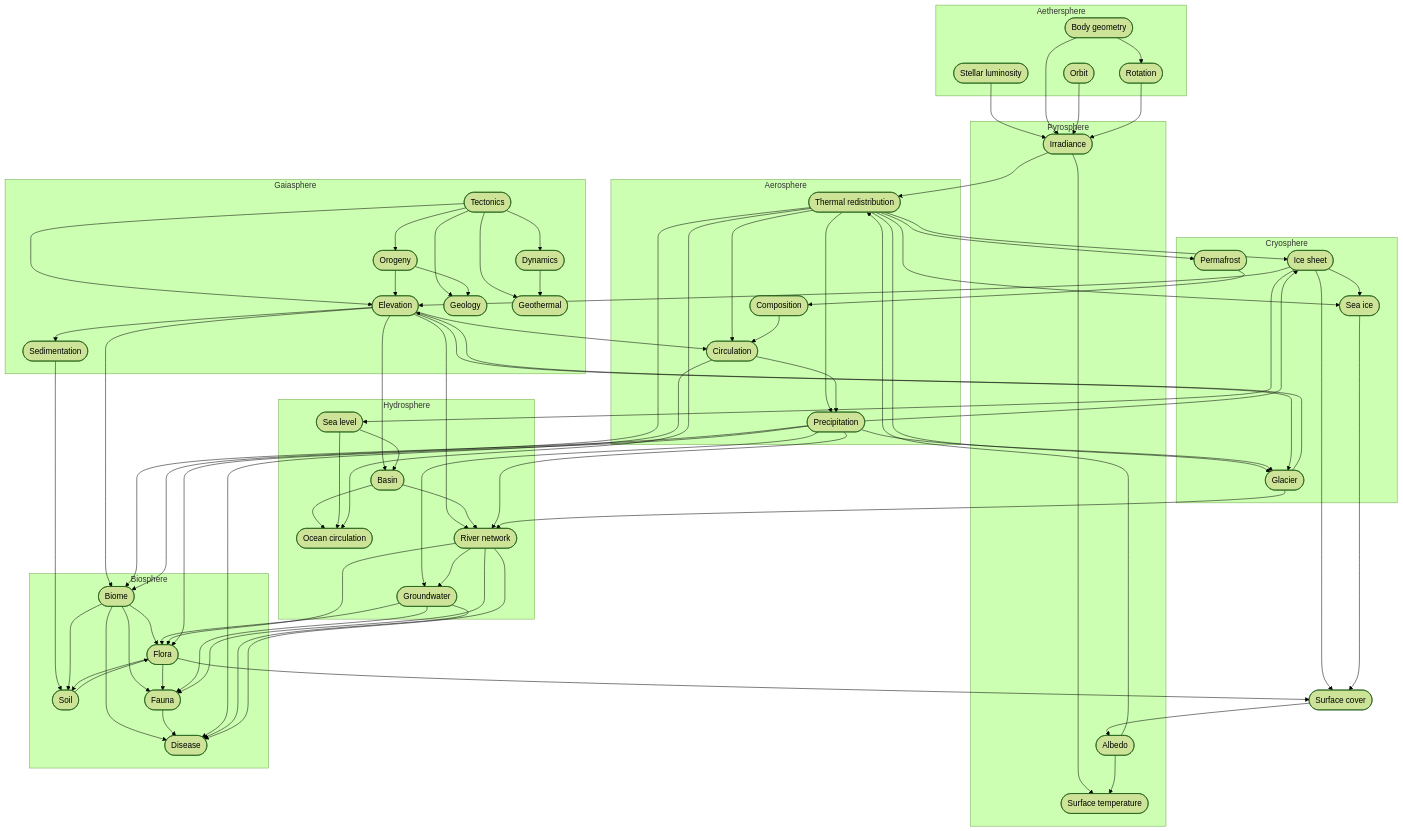
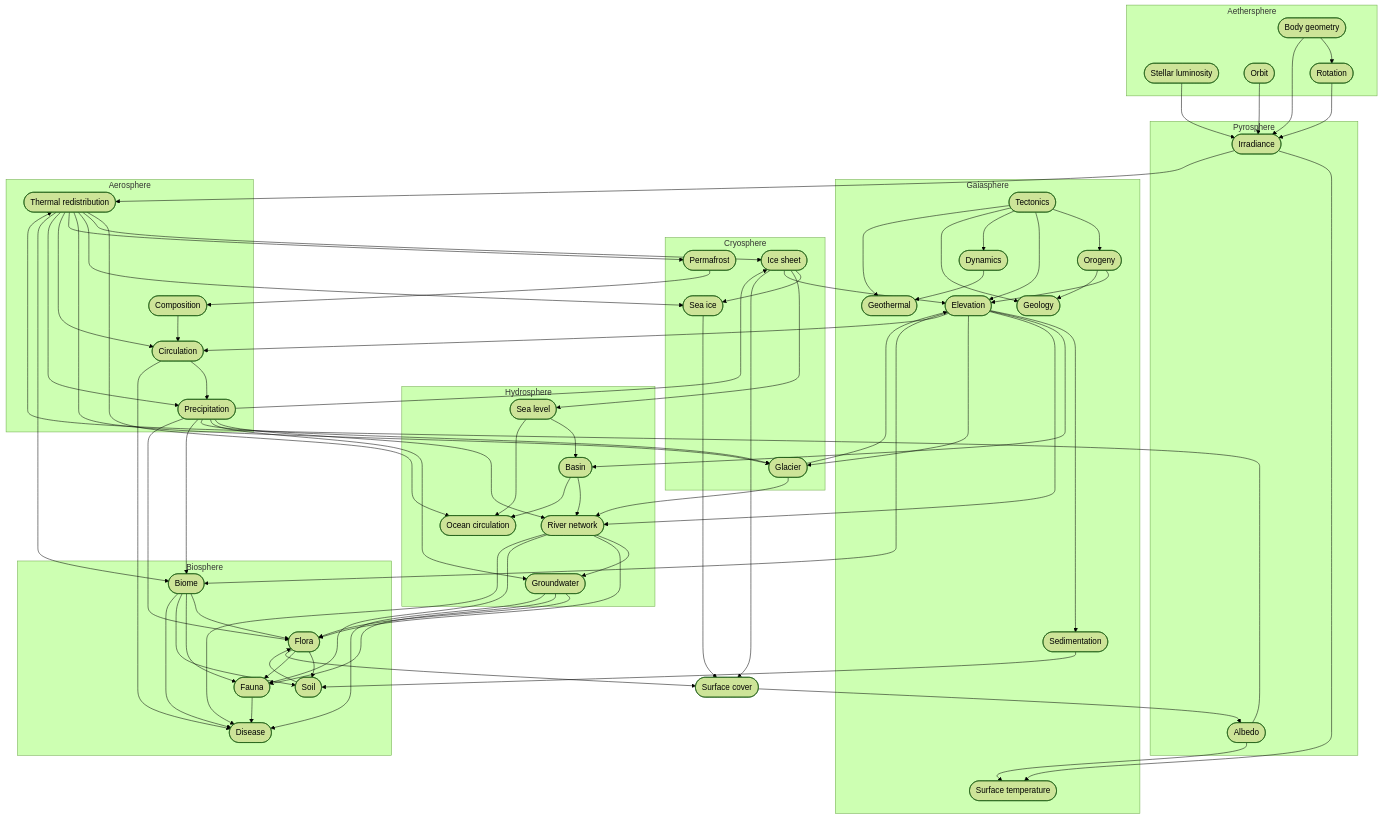
The eighth of 8 diagrams in docs/concerns.adoc (lagardej/mimameithr), drawn with Mermaid (forest theme) before and after one commit. The commit also changed other lines of this file, not shown here.

```diff
--- a/docs/concerns.adoc
+++ b/docs/concerns.adoc
@@ -426,7 +436,6 @@
     subgraph Pyrosphere
         Irradiance([Irradiance])
         Albedo([Albedo])
-        SurfaceTemperature([Surface temperature])
     end
 
     subgraph Gaiasphere
@@ -437,6 +446,7 @@
         Sedimentation([Sedimentation])
         Geology([Geology])
         Geothermal([Geothermal])
+        SurfaceTemperature([Surface temperature])
     end
 
     subgraph Hydrosphere
```
